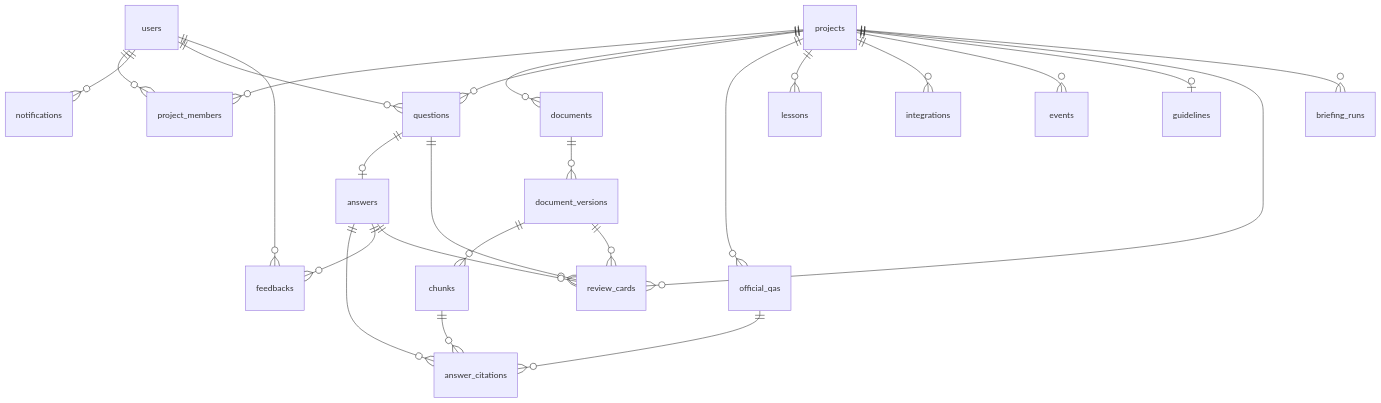
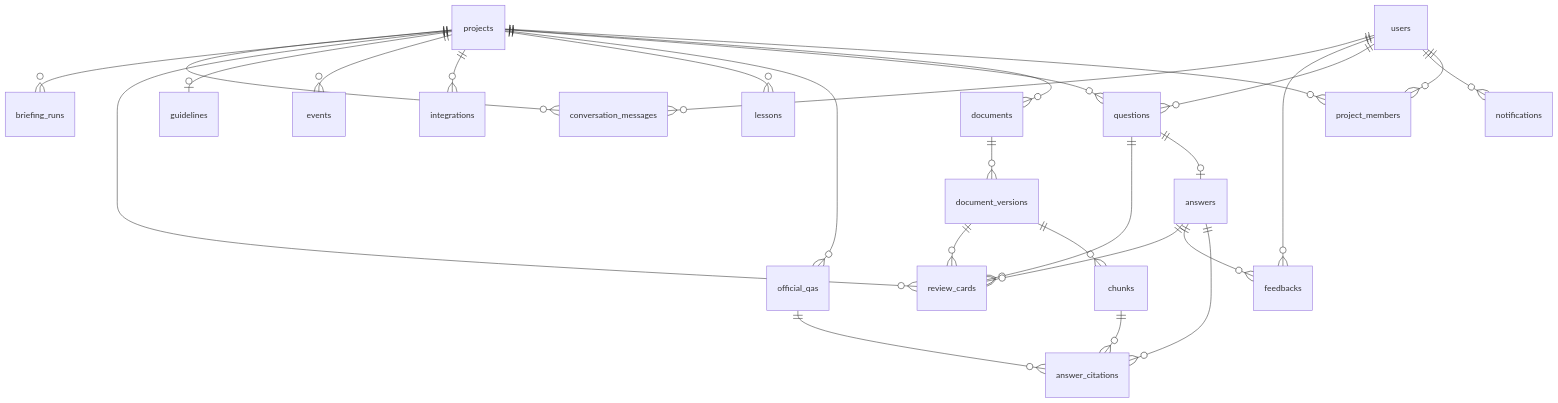
Before and after one commit to LetsMakeTrouble/bulchimbeon-backend: the first of 3 diagrams in bulchimbeon-api/docs/04-data-model.md, drawn with Mermaid. The commit also changed other lines of this file and 14 other files, not shown here.

````diff
--- a/bulchimbeon-api/docs/04-data-model.md
+++ b/bulchimbeon-api/docs/04-data-model.md
@@ -10,27 +10,29 @@
 ```mermaid
 erDiagram
     users ||--o{ project_members : ""
     projects ||--o{ project_members : ""
     projects ||--o{ documents : ""
     projects ||--o{ questions : ""
     projects ||--o{ official_qas : ""
     projects ||--o{ lessons : ""
     projects ||--o{ integrations : ""
     projects ||--o{ events : ""
     projects ||--o| guidelines : ""
     projects ||--o{ review_cards : ""
     projects ||--o{ briefing_runs : ""
     documents ||--o{ document_versions : ""
     document_versions ||--o{ chunks : ""
     document_versions ||--o{ review_cards : ""
     questions ||--o| answers : ""
     questions ||--o{ review_cards : ""
     answers ||--o{ answer_citations : ""
     answers ||--o{ feedbacks : ""
     answers ||--o{ review_cards : ""
     chunks ||--o{ answer_citations : ""
     official_qas ||--o{ answer_citations : ""
     users ||--o{ notifications : ""
     users ||--o{ questions : ""
     users ||--o{ feedbacks : ""
+    projects ||--o{ conversation_messages : ""
+    users ||--o{ conversation_messages : ""
 ```
````
